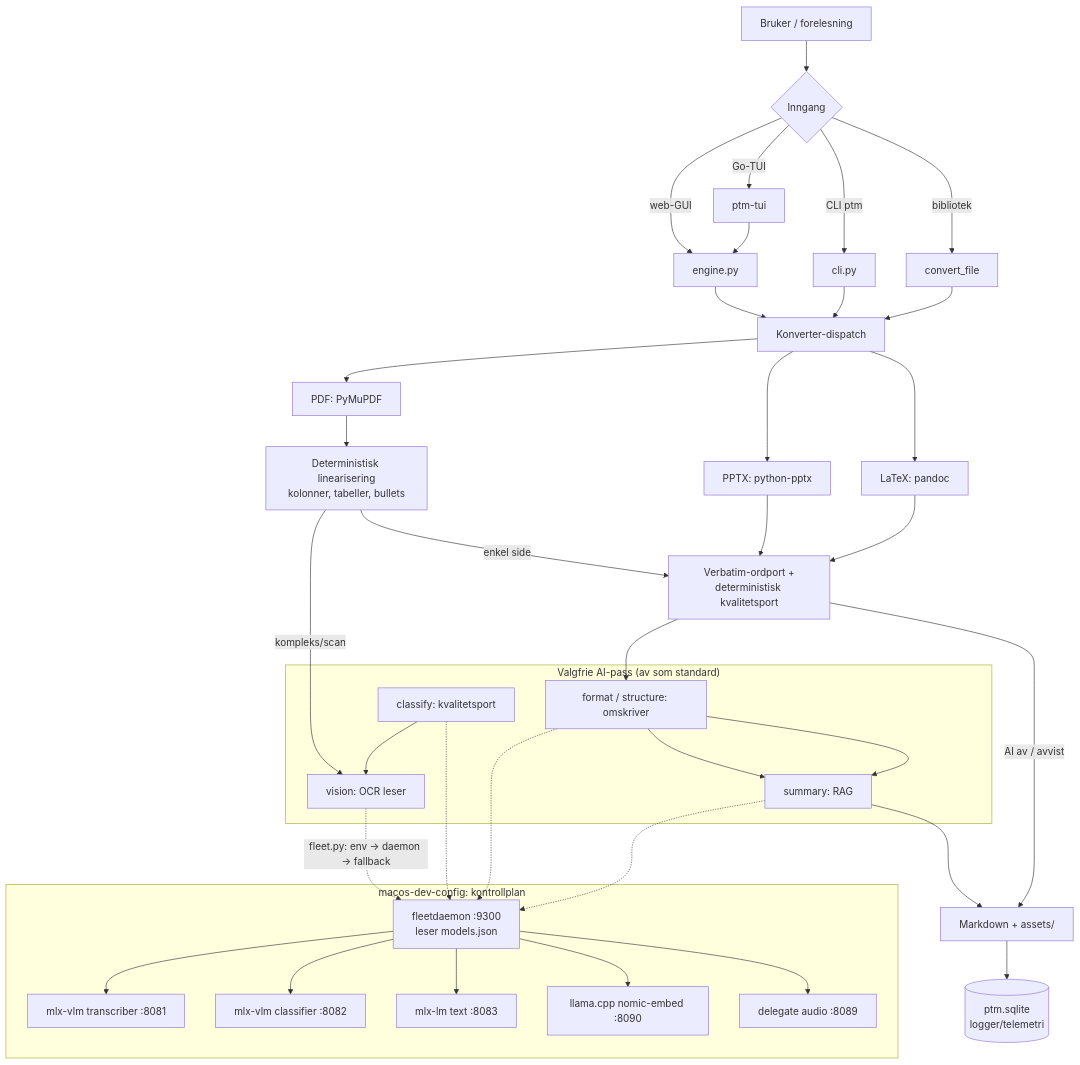
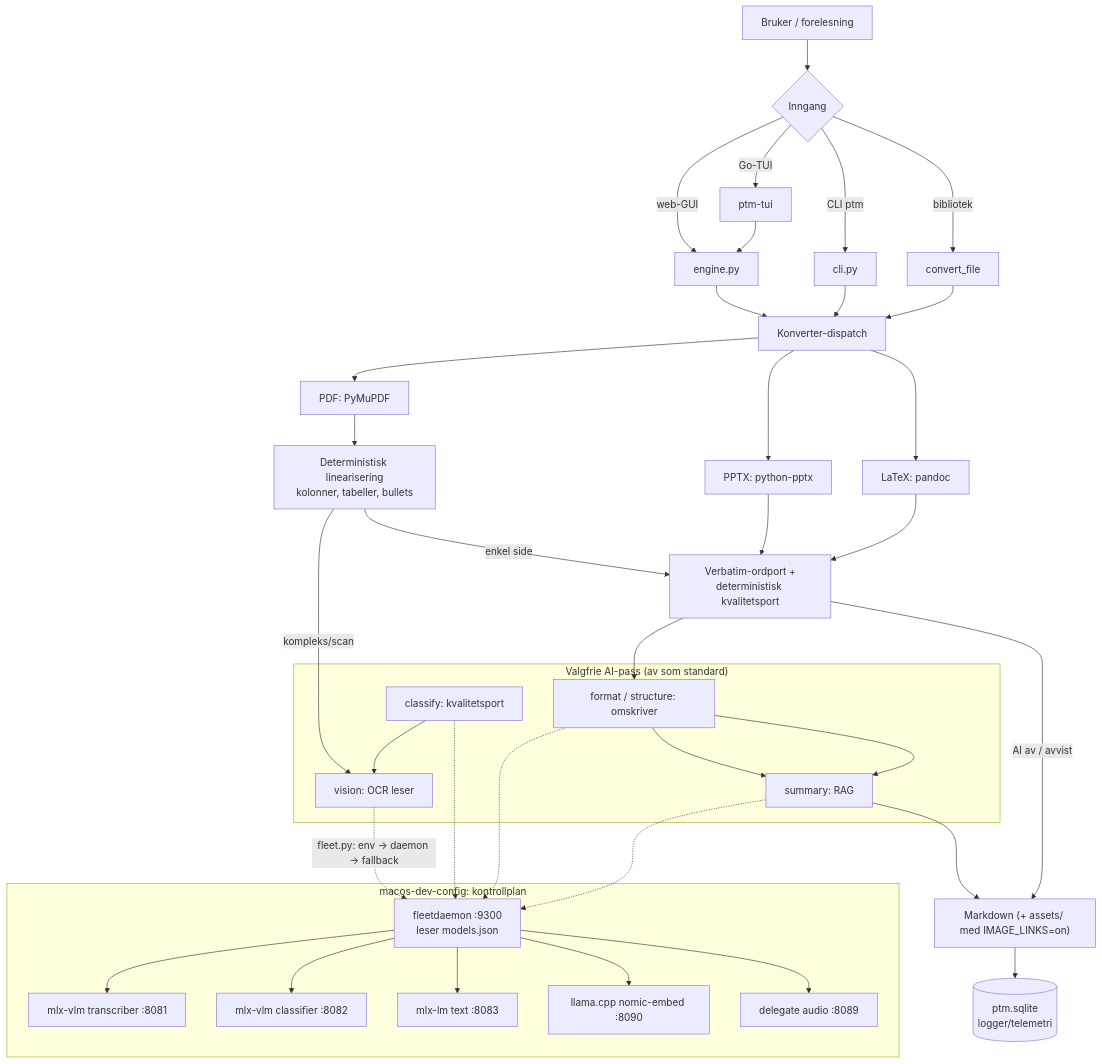
Before and after one commit to Snorre98/PresentationToMarkdown: the first of 2 diagrams in docs/presentasjon.md, drawn with Mermaid. The commit also changed other lines of this file and 27 other files, not shown here.

````diff
--- a/docs/presentasjon.md
+++ b/docs/presentasjon.md
@@ -60,49 +60,49 @@
 ```mermaid
 flowchart TD
     U[Bruker / forelesning] --> E{Inngang}
     E -->|web-GUI| ENG[engine.py]
     E -->|CLI ptm| CLI[cli.py]
     E -->|Go-TUI| TUI[ptm-tui]
     E -->|bibliotek| API[convert_file]
 
     ENG --> DISP
     CLI --> DISP
     TUI --> ENG
     API --> DISP
 
     DISP[Konverter-dispatch] --> PPTX[PPTX: python-pptx]
     DISP --> PDF[PDF: PyMuPDF]
     DISP --> TEX[LaTeX: pandoc]
 
     PDF --> DET[Deterministisk linearisering<br/>kolonner, tabeller, bullets]
     DET -->|enkel side| GATE
     DET -->|kompleks/scan| VIS
 
     PPTX --> GATE
     TEX --> GATE
 
     subgraph AI["Valgfrie AI-pass (av som standard)"]
         CLS[classify: kvalitetsport] --> VIS[vision: OCR leser]
         FMT[format / structure: omskriver] --> SUM[summary: RAG]
     end
 
     GATE[Verbatim-ordport +<br/>deterministisk kvalitetsport] --> FMT
-    FMT --> SUM --> OUT[Markdown + assets/]
+    FMT --> SUM --> OUT["Markdown (+ assets/ med IMAGE_LINKS=on)"]
     GATE -->|AI av / avvist| OUT
 
     subgraph CP["macos-dev-config: kontrollplan"]
         FD[fleetdaemon :9300<br/>leser models.json]
         FD --> M1[mlx-vlm transcriber :8081]
         FD --> M2[mlx-vlm classifier :8082]
         FD --> M3[mlx-lm text :8083]
         FD --> M4[llama.cpp nomic-embed :8090]
         FD --> M5[delegate audio :8089]
     end
 
     VIS -.->|fleet.py: env → daemon → fallback| FD
     CLS -.-> FD
     FMT -.-> FD
     SUM -.-> FD
 
     OUT --> LOG[(ptm.sqlite<br/>logger/telemetri)]
 ```
````
